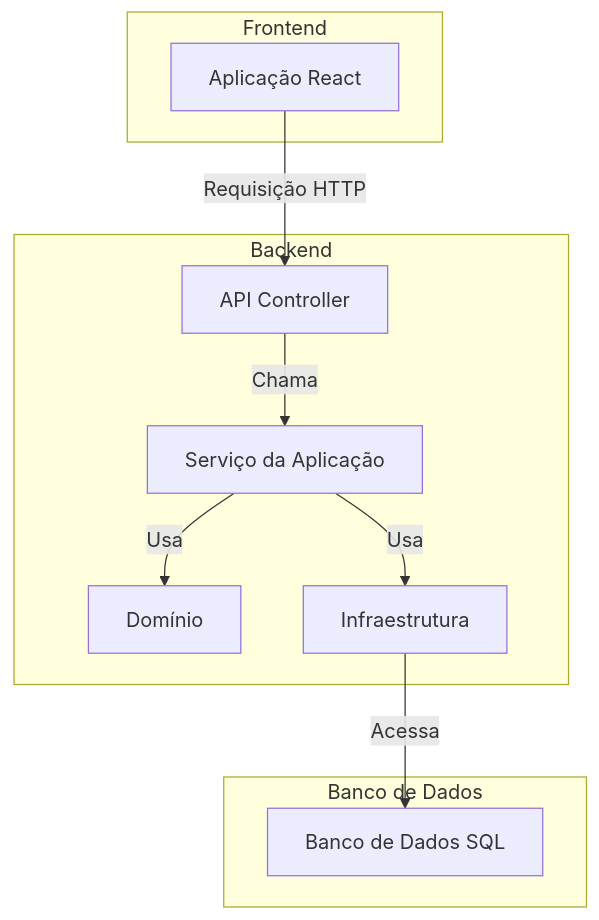
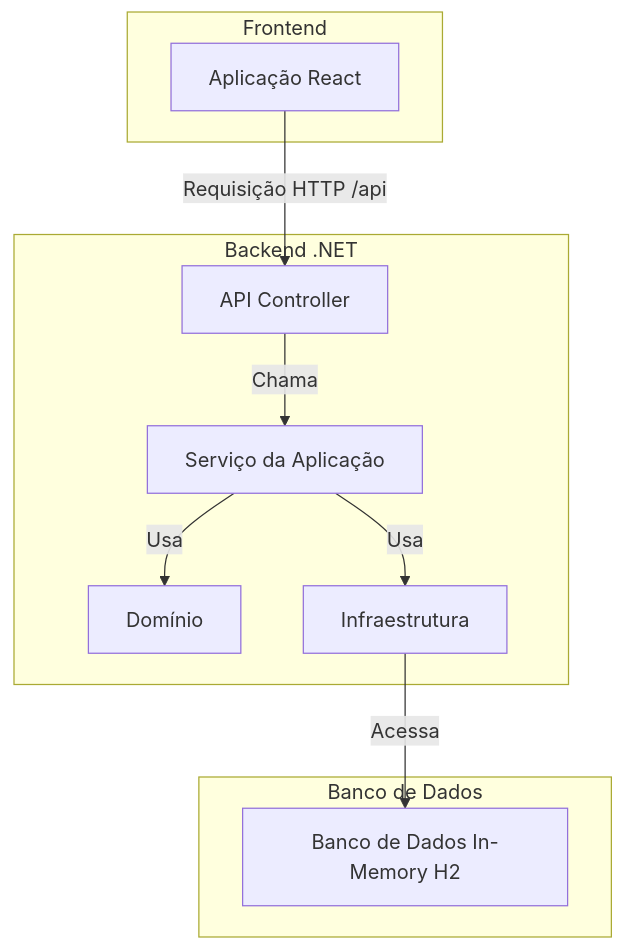
One commit to jailtoncruz/stefanini-dotnet-react changed the diagram in README.md. Above: the diagram before and after it, drawn with Mermaid. The commit also changed other lines of this file, not shown here.

````diff
--- a/README.md
+++ b/README.md
@@ -19,23 +19,23 @@
 ```mermaid
 graph TD
     subgraph Frontend
         A[Aplicação React]
     end
 
-    subgraph Backend
+    subgraph Backend .NET
         B[API Controller]
         C[Serviço da Aplicação]
         D[Domínio]
         E[Infraestrutura]
     end
 
     subgraph Banco de Dados
-        F[Banco de Dados SQL]
+        F[Banco de Dados In-Memory H2]
     end
 
-    A -- Requisição HTTP --> B
+    A -- Requisição HTTP /api --> B
     B -- Chama --> C
     C -- Usa --> D
     C -- Usa --> E
     E -- Acessa --> F
 ```
````
